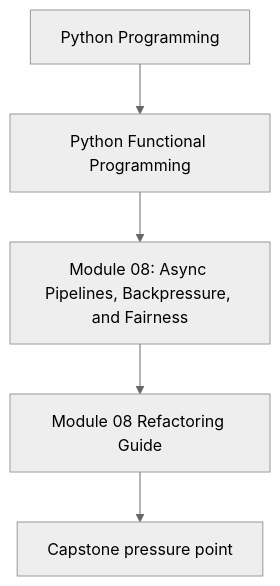
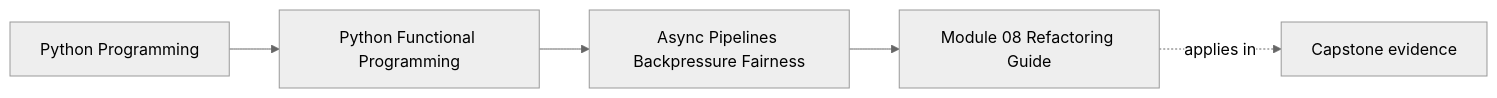
Before and after one commit to bijux/bijux-masterclass: the first of 2 diagrams in programs/python-programming/python-functional-programming/course-book/module-08-async-pipelines-backpressure-fairness/refactoring-guide.md, drawn with Mermaid (neutral theme). The commit also changed other lines of this file and 108 other files, not shown here.

Commit message:
docs(python-functional-programming): map capstone and advanced design surfaces

````diff
--- a/programs/python-programming/python-functional-programming/course-book/module-08-async-pipelines-backpressure-fairness/refactoring-guide.md
+++ b/programs/python-programming/python-functional-programming/course-book/module-08-async-pipelines-backpressure-fairness/refactoring-guide.md
@@ -7,7 +7,11 @@
 ```mermaid
-flowchart TD
-  family["Python Programming"] --> program["Python Functional Programming"]
-  program --> module["Module 08: Async Pipelines, Backpressure, and Fairness"]
-  module --> concept["Module 08 Refactoring Guide"]
-  concept --> capstone["Capstone pressure point"]
+graph LR
+  family["Python Programming"]
+  program["Python Functional Programming"]
+  section["Async Pipelines Backpressure Fairness"]
+  page["Module 08 Refactoring Guide"]
+  capstone["Capstone evidence"]
+
+  family --> program --> section --> page
+  page -.applies in.-> capstone
 ```
````
